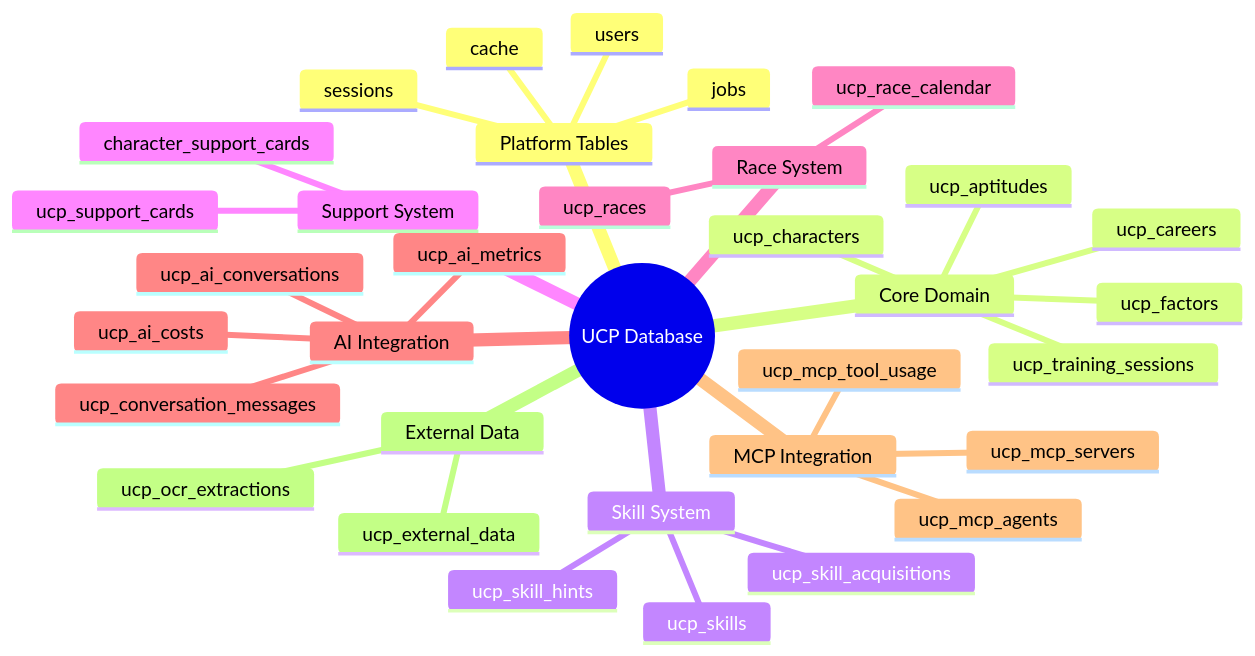
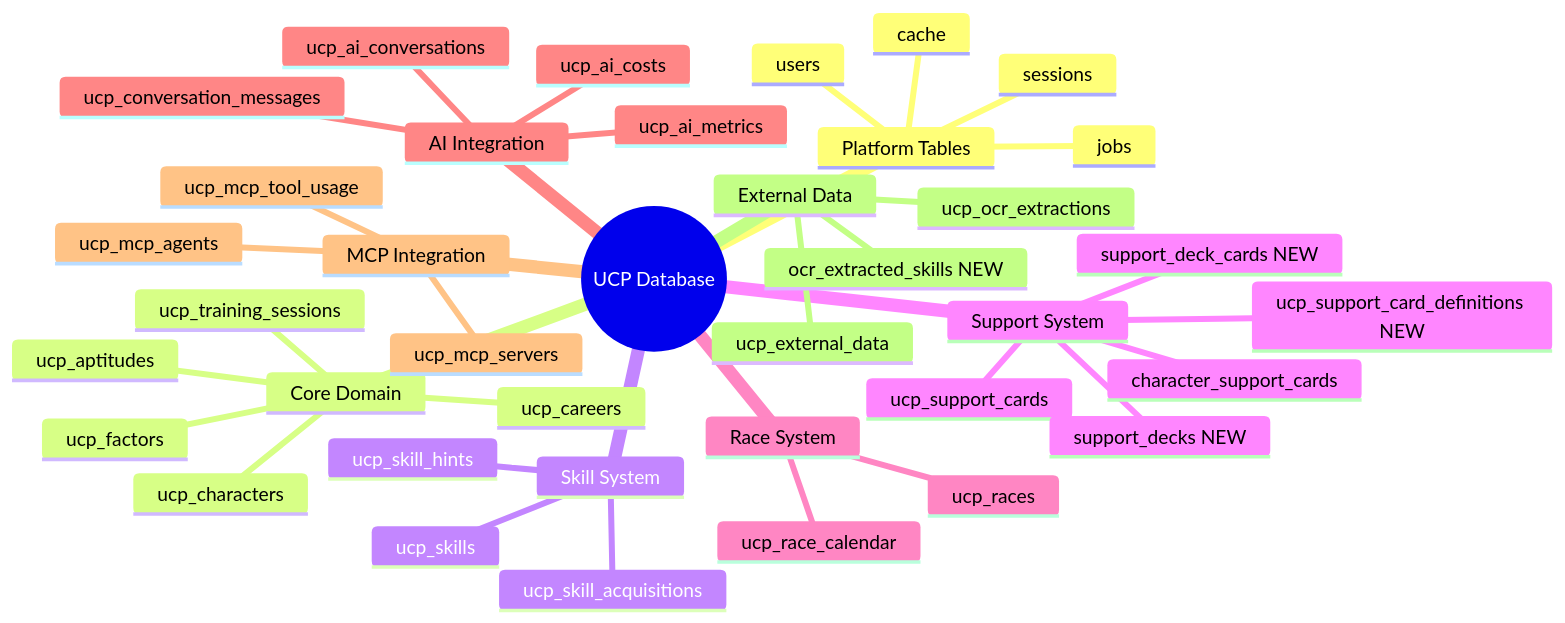
Before and after one commit to exatfrds67/umamusume-career-planner: the first of 13 diagrams in docs/01-diagrams/entity-relationship-diagram.md, drawn with Mermaid. The commit also changed other lines of this file and 18 other files, not shown here.

````diff
--- a/docs/01-diagrams/entity-relationship-diagram.md
+++ b/docs/01-diagrams/entity-relationship-diagram.md
@@ -56,37 +56,41 @@
 ```mermaid
 mindmap
   root((UCP Database))
     Platform Tables
       users
       sessions
       cache
       jobs
     Core Domain
       ucp_characters
       ucp_careers
       ucp_training_sessions
       ucp_aptitudes
       ucp_factors
     Skill System
       ucp_skills
       ucp_skill_hints
       ucp_skill_acquisitions
     Support System
       ucp_support_cards
+      ucp_support_card_definitions NEW
+      support_decks NEW
+      support_deck_cards NEW
       character_support_cards
     Race System
       ucp_races
       ucp_race_calendar
     AI Integration
       ucp_ai_conversations
       ucp_conversation_messages
       ucp_ai_metrics
       ucp_ai_costs
     MCP Integration
       ucp_mcp_servers
       ucp_mcp_agents
       ucp_mcp_tool_usage
     External Data
       ucp_external_data
       ucp_ocr_extractions
+      ocr_extracted_skills NEW
 ```
````
